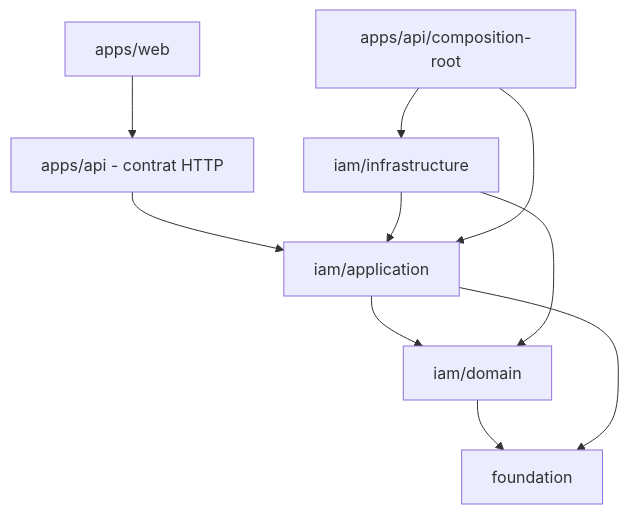
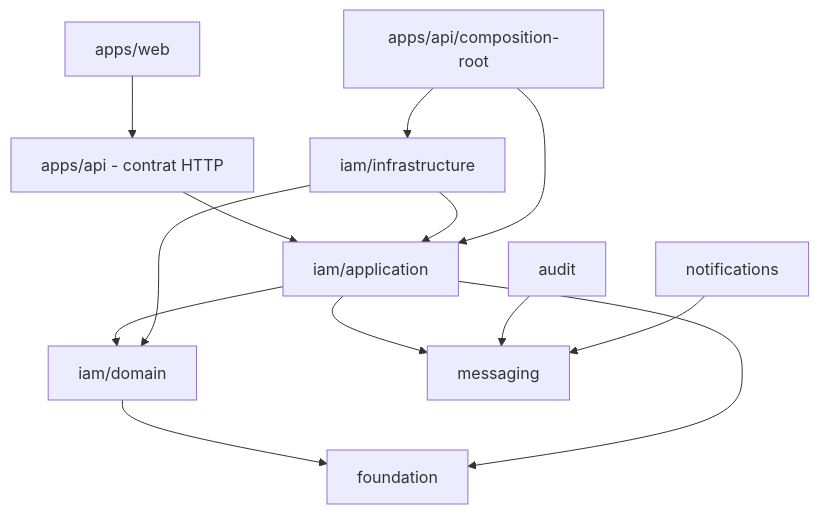
One commit to Oxelio/architecture-web changed the diagram in docs/fr/architecture/dependency-rules.md. Above: the diagram before and after it, drawn with Mermaid. The commit also changed other lines of this file and 90 other files, not shown here.

First line of the commit message:
feat(events): add outbox-backed audit and notifications

````diff
--- a/docs/fr/architecture/dependency-rules.md
+++ b/docs/fr/architecture/dependency-rules.md
@@ -7,12 +7,15 @@
 ```mermaid
 flowchart TD
     Web[apps/web] --> HTTP[apps/api - contrat HTTP]
     HTTP --> App[iam/application]
     App --> Domain[iam/domain]
     Domain --> Foundation[foundation]
     App --> Foundation
+    App --> Messaging[messaging]
+    Audit[audit] --> Messaging
+    Notifications[notifications] --> Messaging
     Infra[iam/infrastructure] --> App
     Infra --> Domain
     Composition[apps/api/composition-root] --> Infra
     Composition --> App
 ```
````
